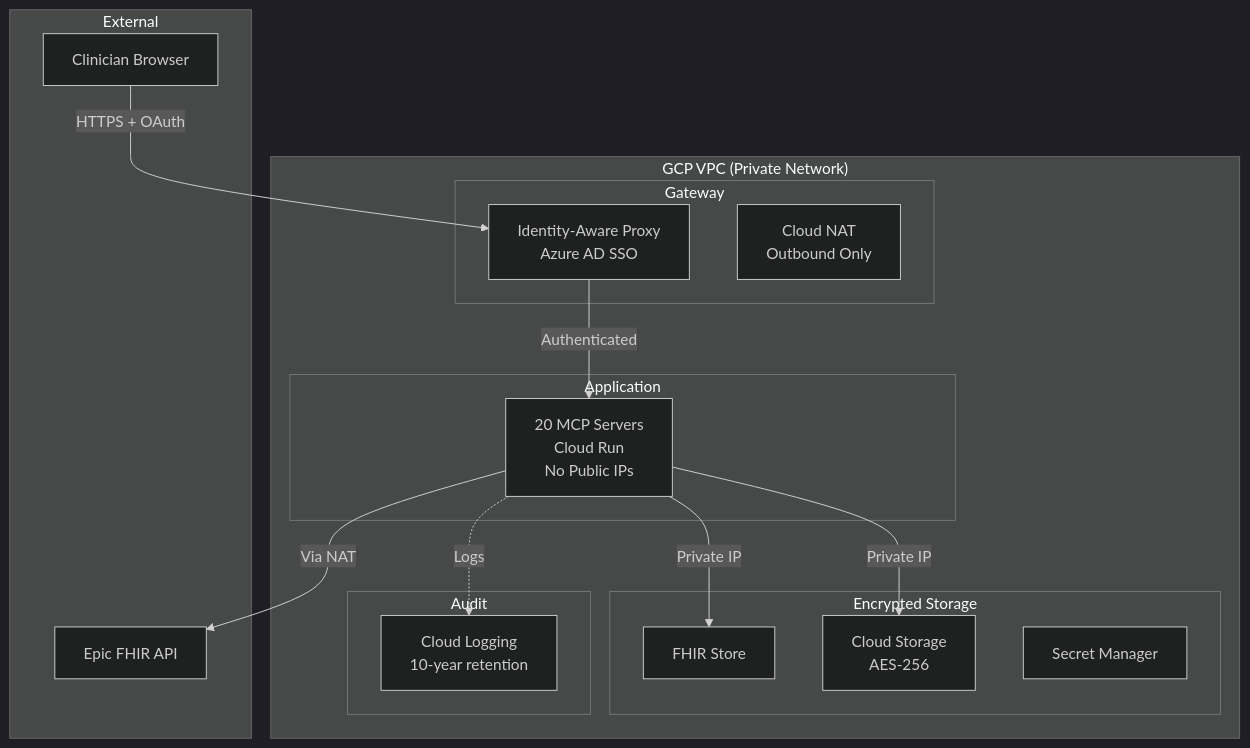
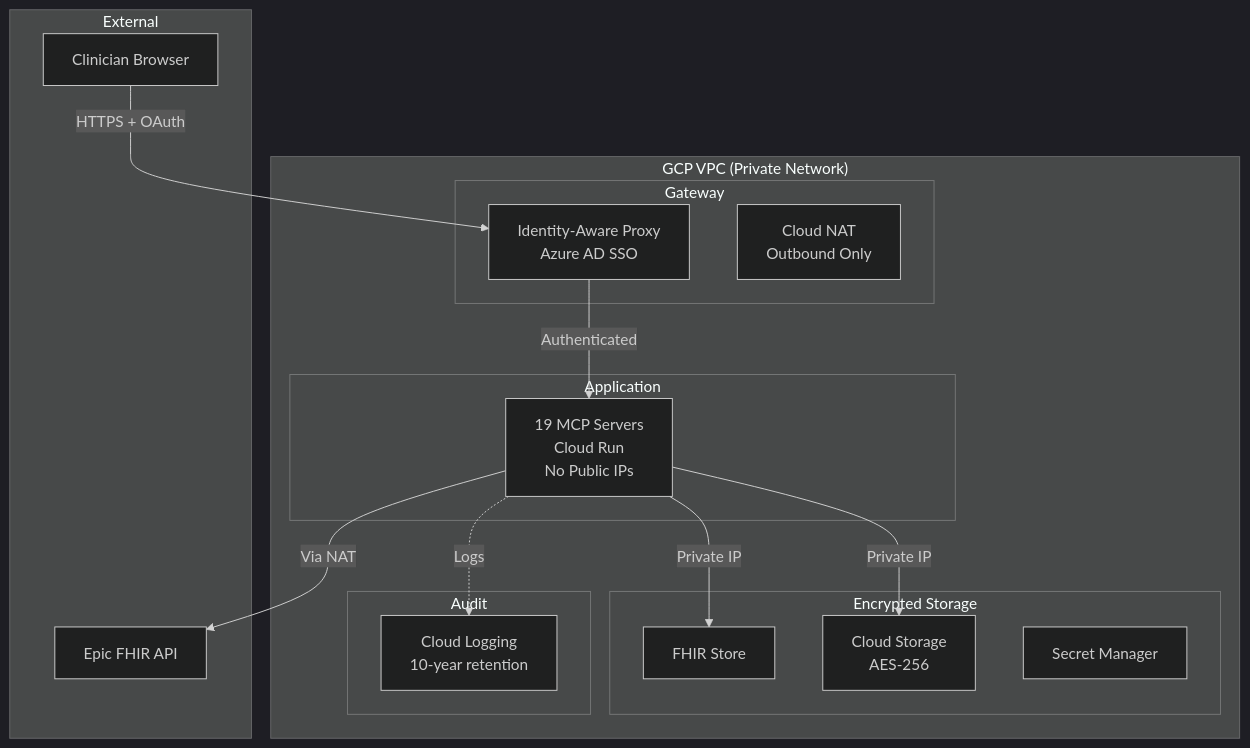
Before and after one commit to lynnlangit/spatial-mcp: the diagram in docs/for-hospitals/SECURITY_OVERVIEW.md, drawn with Mermaid (dark theme). The commit also changed 14 other files, not shown here.

````diff
--- a/docs/for-hospitals/SECURITY_OVERVIEW.md
+++ b/docs/for-hospitals/SECURITY_OVERVIEW.md
@@ -10,35 +10,35 @@
 ```mermaid
 graph TB
     subgraph External["External"]
         CLINICIAN[Clinician Browser]
         EPIC_EXT[Epic FHIR API]
     end
 
     subgraph GCP_VPC["GCP VPC (Private Network)"]
         subgraph Gateway["Gateway"]
             IAP[Identity-Aware Proxy<br/>Azure AD SSO]
             NAT[Cloud NAT<br/>Outbound Only]
         end
 
         subgraph Application["Application"]
-            SERVERS[20 MCP Servers<br/>Cloud Run<br/>No Public IPs]
+            SERVERS[19 MCP Servers<br/>Cloud Run<br/>No Public IPs]
         end
 
         subgraph Data["Encrypted Storage"]
             FHIR[FHIR Store]
             STORAGE[Cloud Storage<br/>AES-256]
             SECRETS[Secret Manager]
         end
 
         subgraph Logs["Audit"]
             LOGGING[Cloud Logging<br/>10-year retention]
         end
     end
 
     CLINICIAN -->|HTTPS + OAuth| IAP
     IAP -->|Authenticated| SERVERS
     SERVERS -->|Private IP| FHIR
     SERVERS -->|Private IP| STORAGE
     SERVERS -.->|Logs| LOGGING
     SERVERS -->|Via NAT| EPIC_EXT
 ```
````
